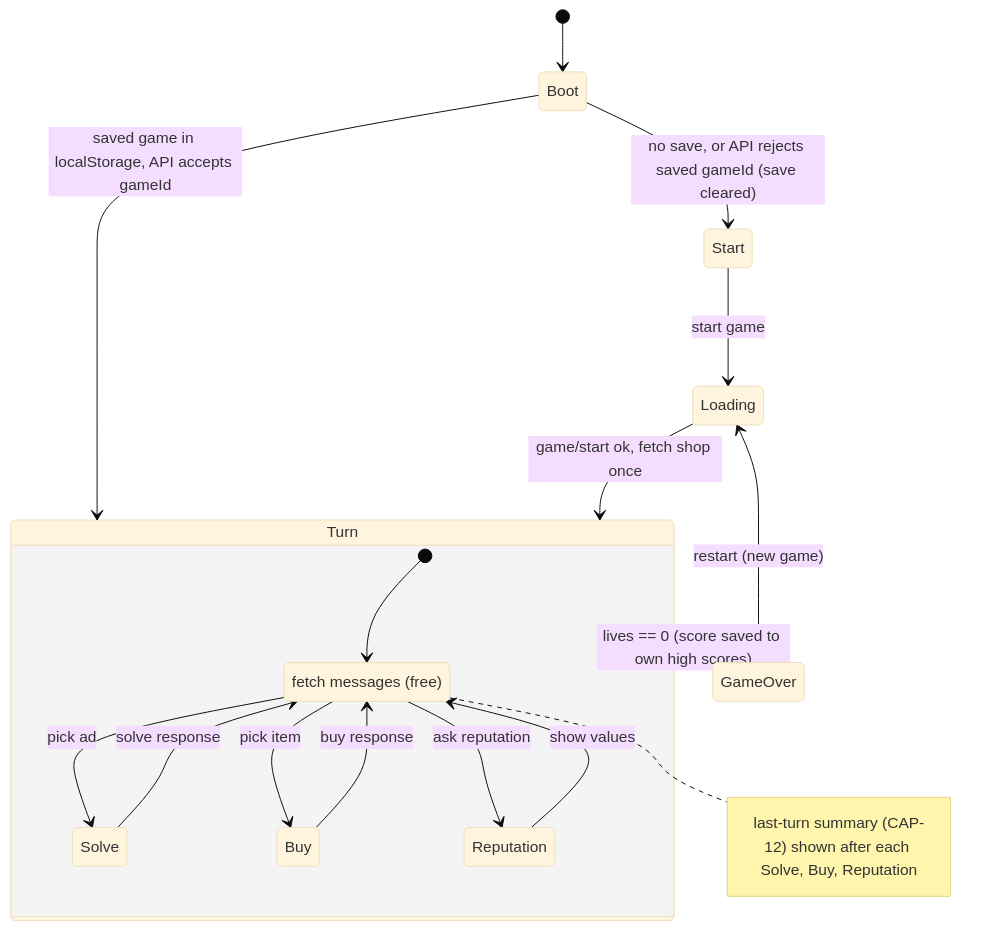
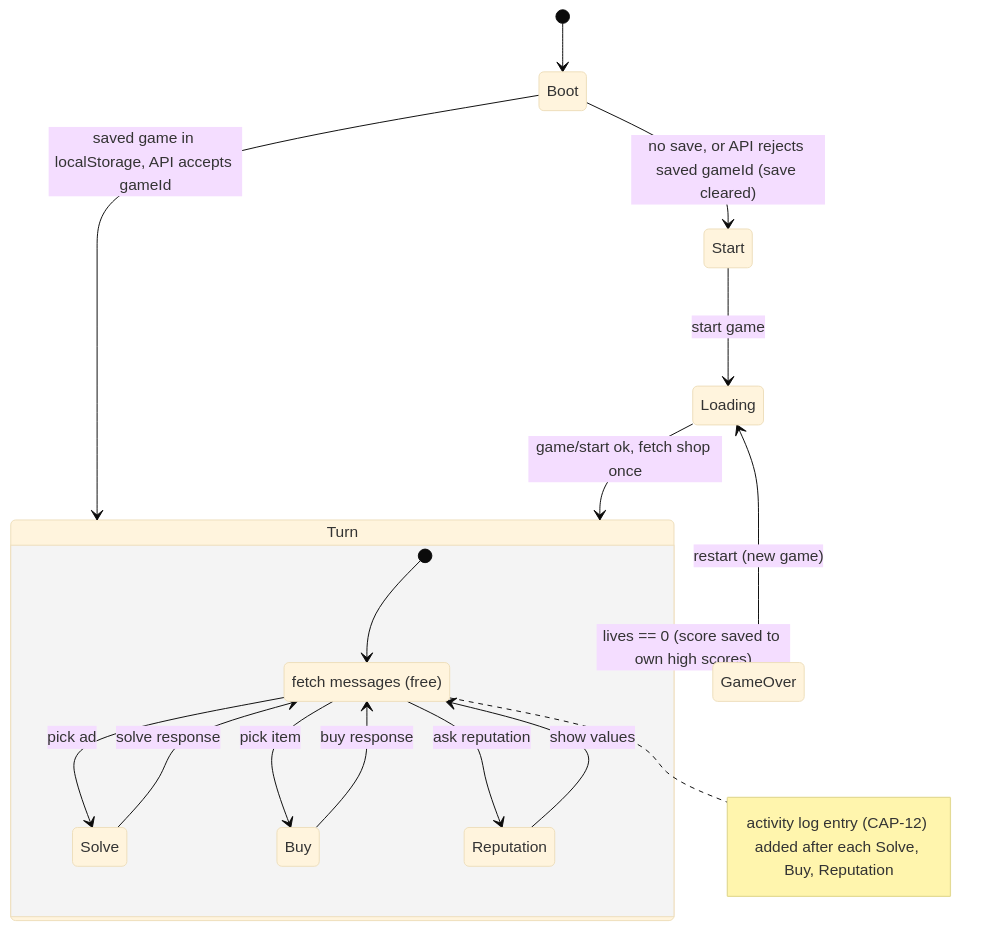
Before and after one commit to kevternal/DragonsOfMugloar: the diagram in frontend/_bmad-output/initiative-game-client/spec-mugloar-game-client/game-flow.md, drawn with Mermaid (base theme). The commit also changed 9 other files, not shown here.

First line of the commit message:
Spec and architecture for iteration 2: layout, routes, activity log, strategies, design assets

````diff
--- a/frontend/_bmad-output/initiative-game-client/spec-mugloar-game-client/game-flow.md
+++ b/frontend/_bmad-output/initiative-game-client/spec-mugloar-game-client/game-flow.md
@@ -3,21 +3,21 @@
 ```mermaid
 stateDiagram-v2
   [*] --> Boot
   Boot --> Turn: saved game in localStorage, API accepts gameId
   Boot --> Start: no save, or API rejects saved gameId (save cleared)
   Start --> Loading: start game
   Loading --> Turn: game/start ok, fetch shop once
   state Turn {
     [*] --> Board
     Board: fetch messages (free)
     Board --> Solve: pick ad
     Board --> Buy: pick item
     Board --> Reputation: ask reputation
     Solve --> Board: solve response
     Buy --> Board: buy response
     Reputation --> Board: show values
-    note right of Board : last-turn summary (CAP-12) shown after each Solve, Buy, Reputation
+    note right of Board : activity log entry (CAP-12) added after each Solve, Buy, Reputation
   }
   Turn --> GameOver: lives == 0 (score saved to own high scores)
   GameOver --> Loading: restart (new game)
 ```
````
